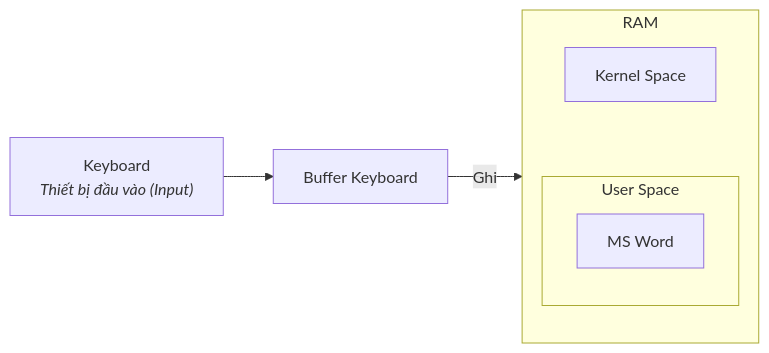
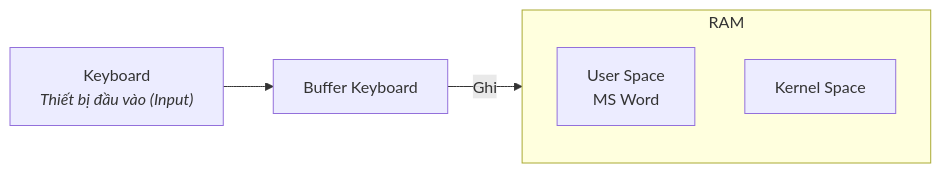
One commit to Duc-Lee/LLMserving_GPUoptimization changed the ninth of 10 diagrams in OperatingSystem/OS_scratch/Concepts_OS/Intro_OS/Lession4.md. Above: the diagram before and after it, drawn with Mermaid. The commit also changed other lines of this file, not shown here.

````diff
--- a/OperatingSystem/OS_scratch/Concepts_OS/Intro_OS/Lession4.md
+++ b/OperatingSystem/OS_scratch/Concepts_OS/Intro_OS/Lession4.md
@@ -222,14 +189,11 @@
 ```mermaid
 flowchart LR
     KB["Keyboard<br/><i>Thiết bị đầu vào (Input)</i>"] --> KB_BUF["Buffer Keyboard"]
-    KB_BUF -->|"Ghi"| WORD
+    KB_BUF -->|"Ghi"| US
 
     subgraph RAM ["RAM"]
         direction TB
         KS["Kernel Space"]
-        subgraph US ["User Space"]
-            WORD["MS Word"]
-        end
-        KS ~~~ US
+        US["User Space<br/>MS Word"]
     end
 ```
````
